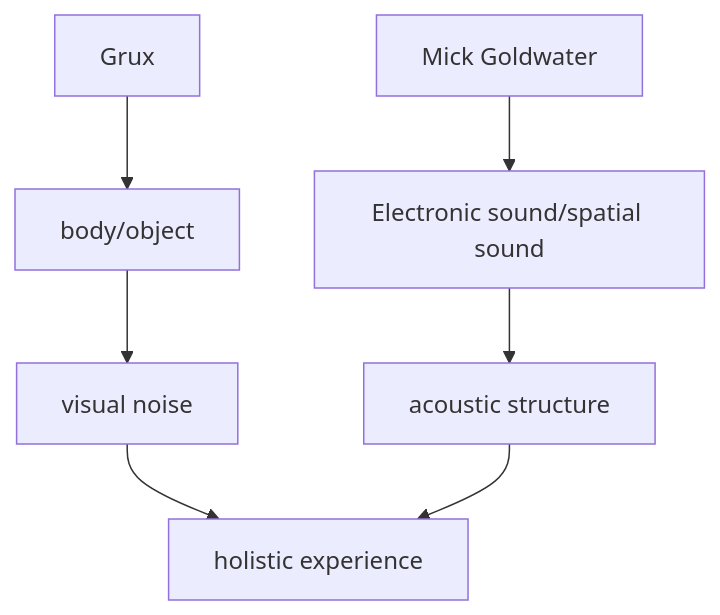
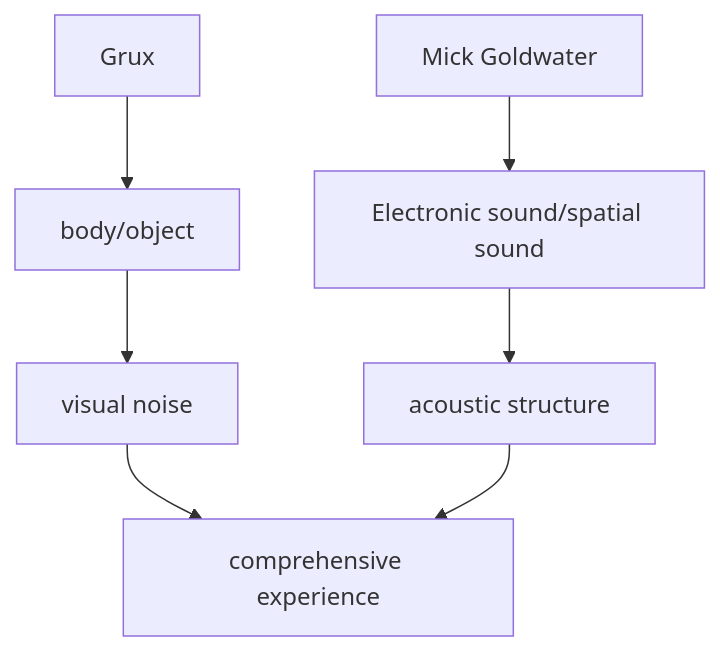
The fourth of 4 diagrams in en/_posts/2026-04-18-column-rubber-o-cement.md (monumental-movement/monumental-movement.github.io), drawn with Mermaid before and after one commit. The commit also changed other lines of this file and 497 other files, not shown here.

```diff
--- a/en/_posts/2026-04-18-column-rubber-o-cement.md
+++ b/en/_posts/2026-04-18-column-rubber-o-cement.md
@@ -154,9 +154,9 @@
 <div class="mermaid">
 graph TD
 A[Grux] --> C[body/object]
 B[Mick Goldwater] --> D[Electronic sound/spatial sound]
 C --> E[visual noise]
 D --> F[acoustic structure]
-E --> G[holistic experience]
+E --> G[comprehensive experience]
 F --> G
 </div>
```
